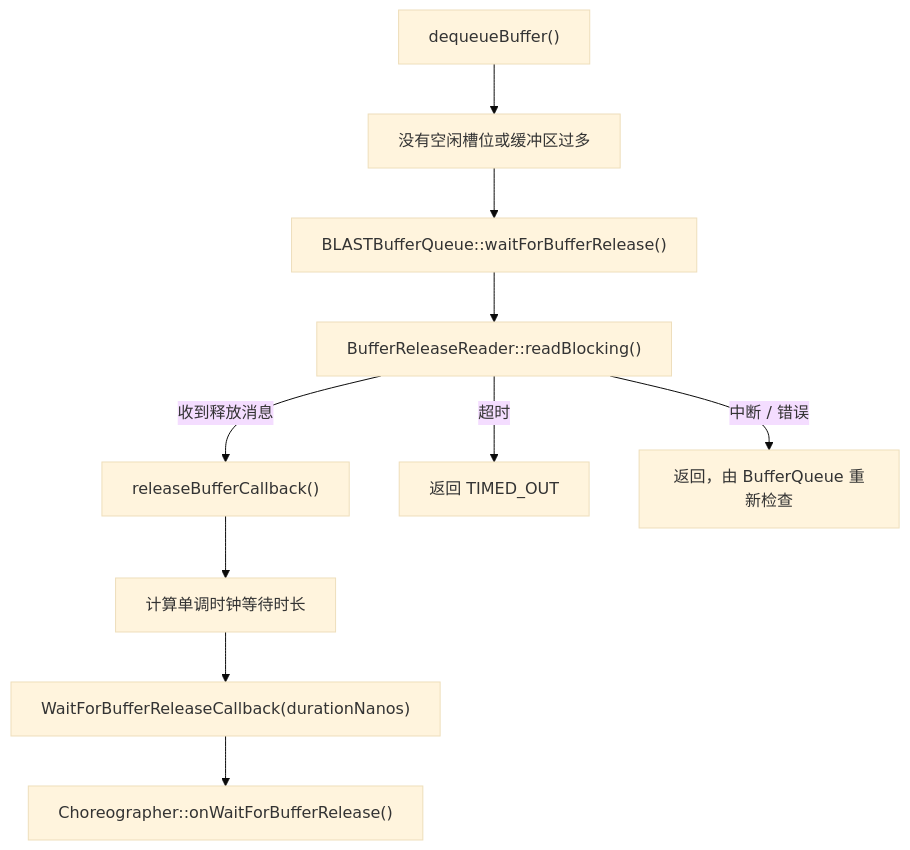
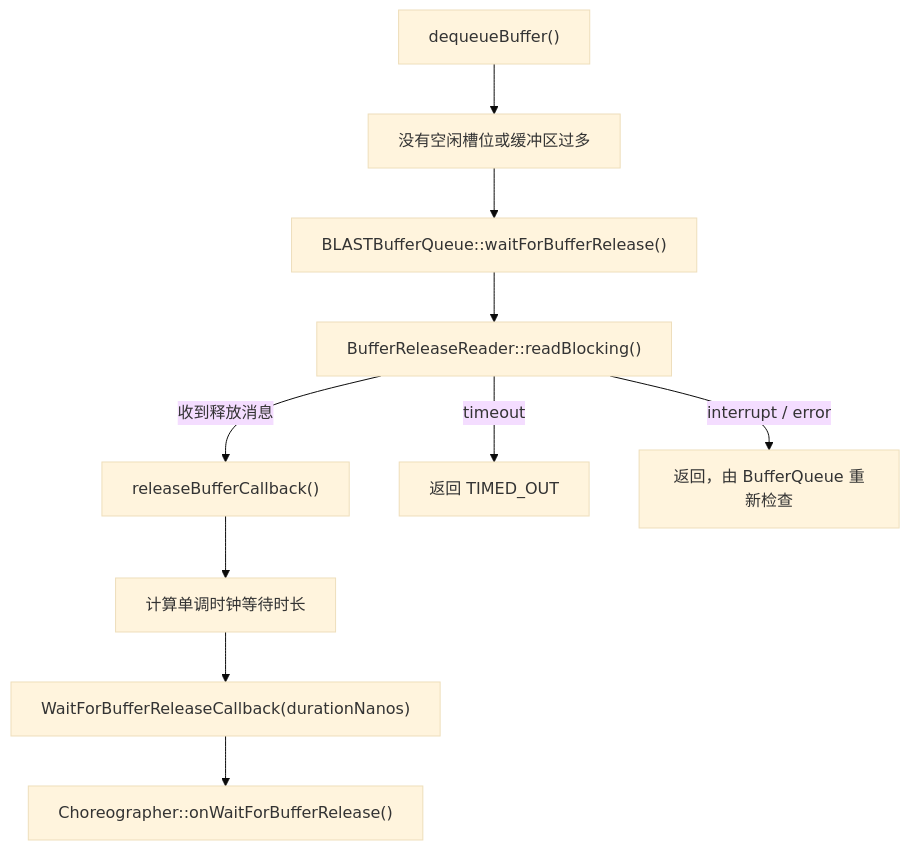
The second of 2 diagrams in src/part1-fundamentals/ch02-rendering/25-choreographer-buffer-stuffing-recovery.md (Gracker/android-internals-wiki), drawn with Mermaid (base theme) before and after one commit. The commit also changed other lines of this file and 3 other files, not shown here.

````diff
--- a/src/part1-fundamentals/ch02-rendering/25-choreographer-buffer-stuffing-recovery.md
+++ b/src/part1-fundamentals/ch02-rendering/25-choreographer-buffer-stuffing-recovery.md
@@ -98,16 +98,16 @@
 ```mermaid
 flowchart TD
     DQ["dequeueBuffer()"]
     CHECK["没有空闲槽位或缓冲区过多"]
     WAIT["BLASTBufferQueue::waitForBufferRelease()"]
     READ["BufferReleaseReader::readBlocking()"]
     RELEASE["releaseBufferCallback()"]
     DURATION["计算单调时钟等待时长"]
     CALLBACK["WaitForBufferReleaseCallback(durationNanos)"]
     CH["Choreographer::onWaitForBufferRelease()"]
 
     DQ --> CHECK --> WAIT --> READ
     READ -->|"收到释放消息"| RELEASE --> DURATION --> CALLBACK --> CH
-    READ -->|"超时"| TIMEOUT["返回 TIMED_OUT"]
-    READ -->|"中断 / 错误"| RETRY["返回，由 BufferQueue 重新检查"]
+    READ -->|"timeout"| TIMEOUT["返回 TIMED_OUT"]
+    READ -->|"interrupt / error"| RETRY["返回，由 BufferQueue 重新检查"]
 ```
````
